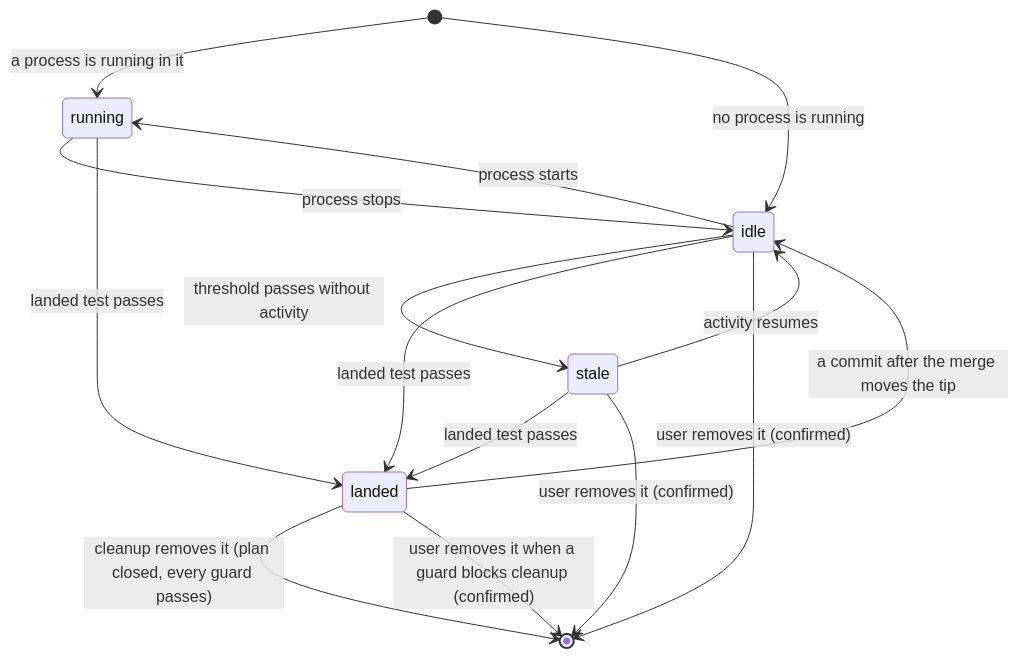
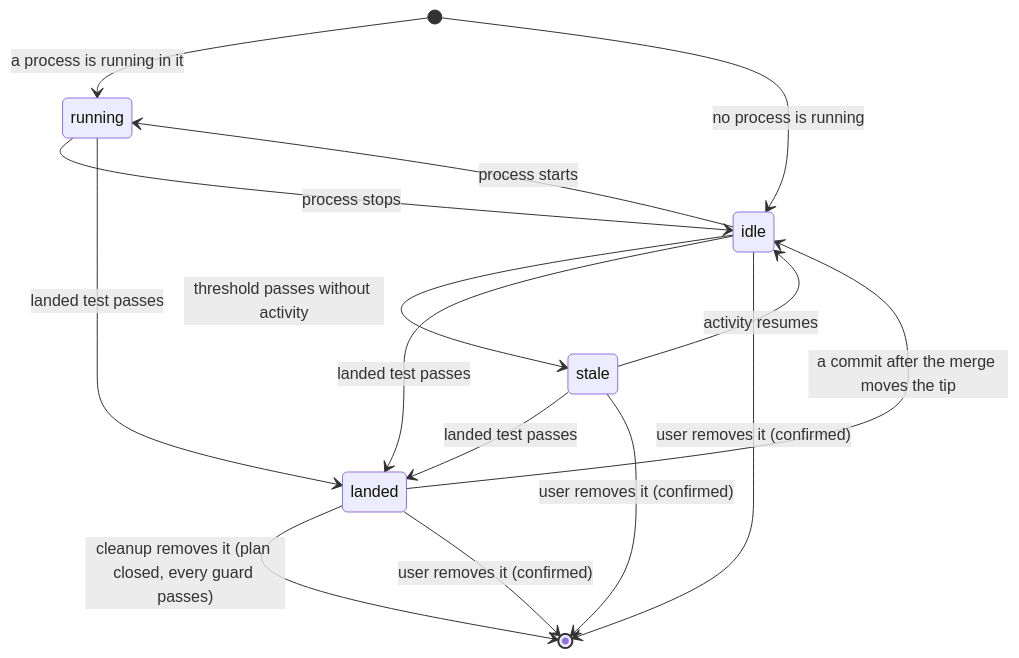
Before and after one commit to kirinmurphy/roborepo-alpha: the second of 4 diagrams in docs/plans/active/git-worktree-lifecycle-cleanup.md, drawn with Mermaid. The commit also changed other lines of this file, not shown here.

First line of the commit message:
Revise worktree lifecycle plan: drop Hide, menu Remove, opt-in cleanup notice

````diff
--- a/docs/plans/active/git-worktree-lifecycle-cleanup.md
+++ b/docs/plans/active/git-worktree-lifecycle-cleanup.md
@@ -303,17 +303,17 @@
 ```mermaid
 stateDiagram-v2
     [*] --> running: a process is running in it
     [*] --> idle: no process is running
     running --> idle: process stops
     idle --> running: process starts
     idle --> stale: threshold passes without activity
     stale --> idle: activity resumes
     idle --> landed: landed test passes
     stale --> landed: landed test passes
     running --> landed: landed test passes
     landed --> idle: a commit after the merge moves the tip
     landed --> [*]: cleanup removes it (plan closed, every guard passes)
     idle --> [*]: user removes it (confirmed)
     stale --> [*]: user removes it (confirmed)
-    landed --> [*]: user removes it when a guard blocks cleanup (confirmed)
+    landed --> [*]: user removes it (confirmed)
 ```
````
